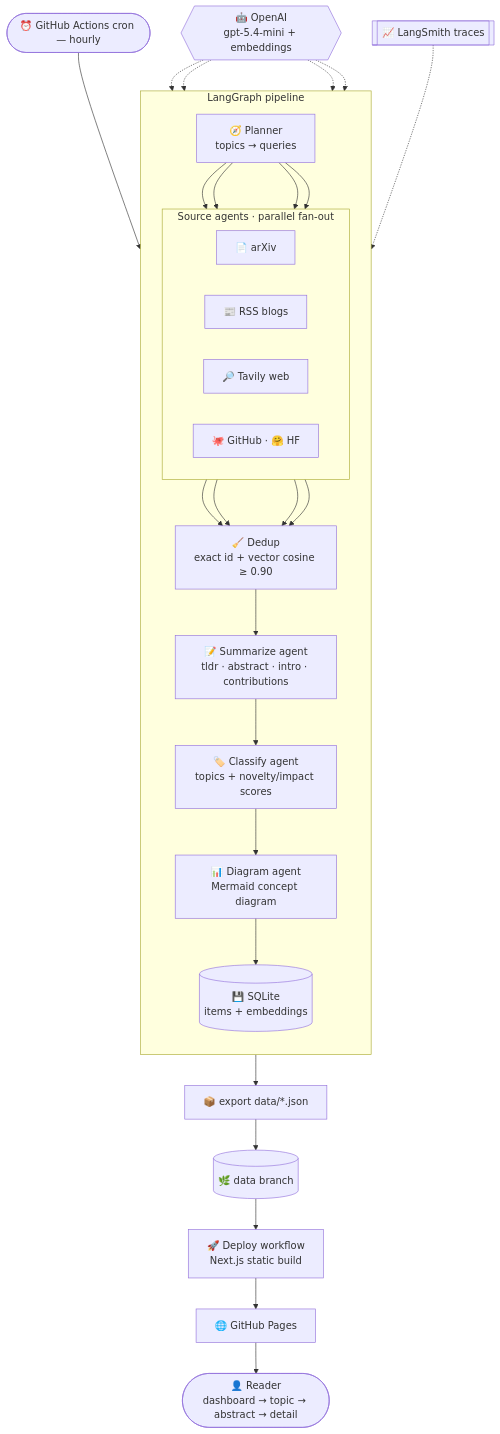
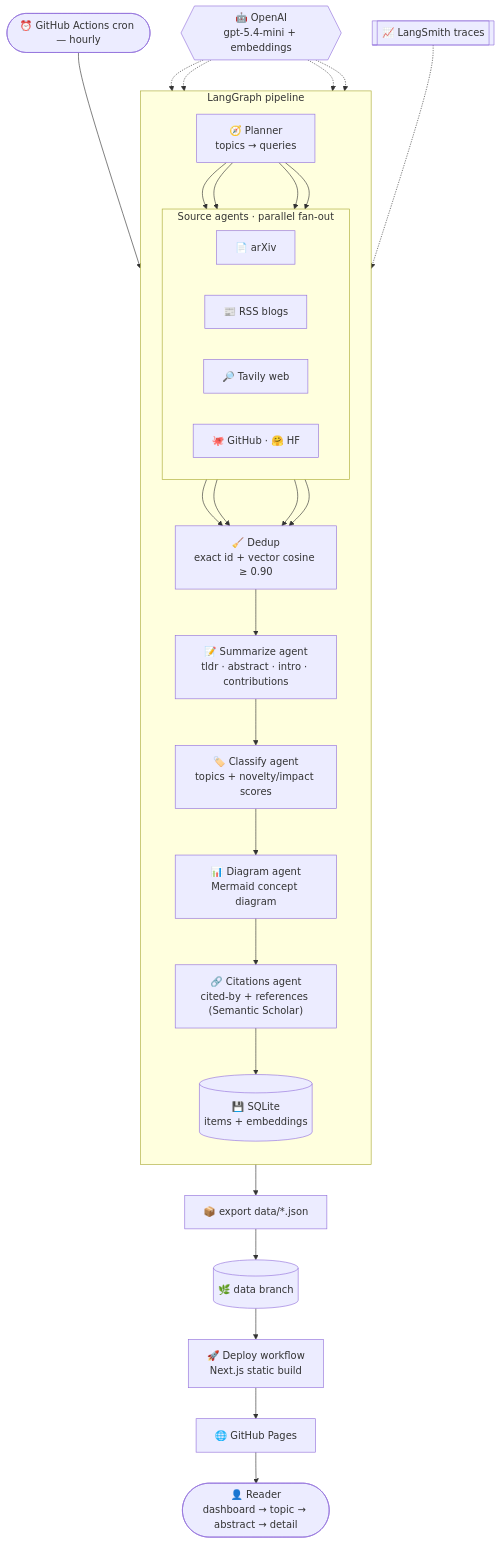
The diagram in README.md (ChunfeiMa/masresearch), drawn with Mermaid before and after one commit.

Commit message:
docs: add citations agent to architecture diagram

````diff
--- a/README.md
+++ b/README.md
@@ -11,36 +11,37 @@
 ```mermaid
 flowchart TB
     cron(["⏰ GitHub Actions cron — hourly"]) --> planner
 
     subgraph pipeline["LangGraph pipeline"]
         direction TB
         planner["🧭 Planner<br/>topics → queries"]
 
         subgraph sources["Source agents · parallel fan-out"]
             direction LR
             arxiv["📄 arXiv"]
             rss["📰 RSS blogs"]
             tavily["🔎 Tavily web"]
             ghhf["🐙 GitHub · 🤗 HF"]
         end
 
         dedup["🧹 Dedup<br/>exact id + vector cosine ≥ 0.90"]
         summarize["📝 Summarize agent<br/>tldr · abstract · intro · contributions"]
         classify["🏷️ Classify agent<br/>topics + novelty/impact scores"]
         diagram["📊 Diagram agent<br/>Mermaid concept diagram"]
+        cites["🔗 Citations agent<br/>cited-by + references (Semantic Scholar)"]
         persist[("💾 SQLite<br/>items + embeddings")]
 
         planner --> arxiv & rss & tavily & ghhf
         arxiv & rss & tavily & ghhf --> dedup
-        dedup --> summarize --> classify --> diagram --> persist
+        dedup --> summarize --> classify --> diagram --> cites --> persist
     end
 
     llm{{"🤖 OpenAI<br/>gpt-5.4-mini + embeddings"}} -.-> dedup & summarize & classify & diagram
     langsmith[["📈 LangSmith traces"]] -.-> pipeline
 
     persist --> exporter["📦 export data/*.json"]
     exporter --> databranch[("🌿 data branch")]
     databranch --> deploy["🚀 Deploy workflow<br/>Next.js static build"]
     deploy --> pages["🌐 GitHub Pages"]
     pages --> reader(["👤 Reader<br/>dashboard → topic → abstract → detail"])
 ```
````
